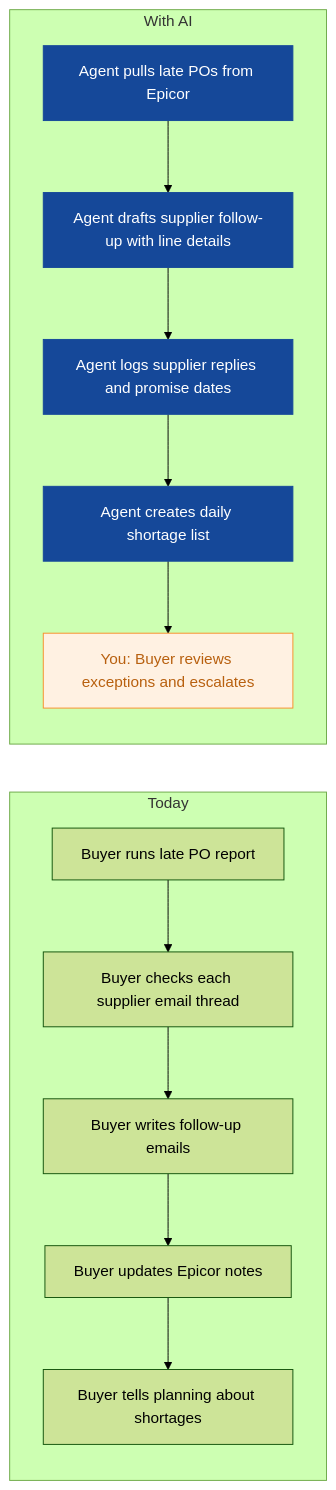
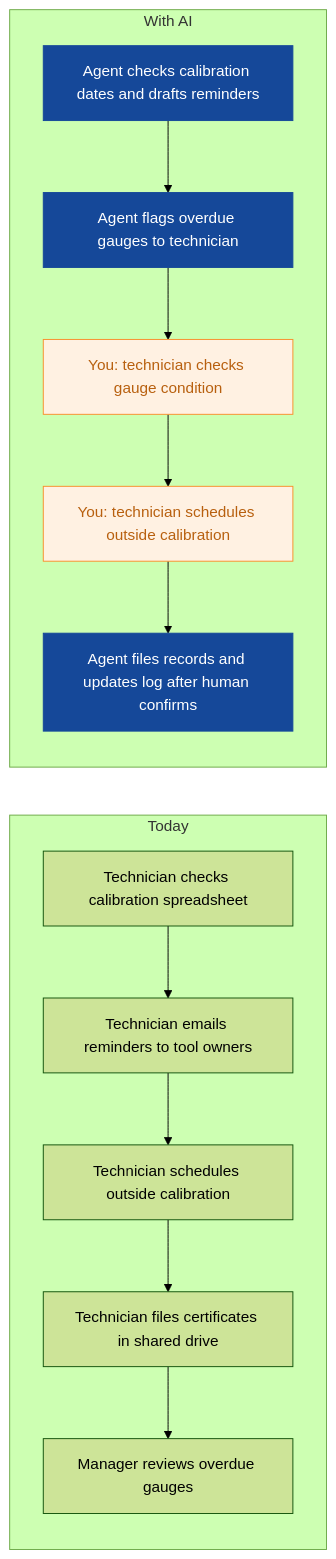
One commit to nexibeo/Complete-AI-Strategy changed the fifth of 9 diagrams in strategies/ironleaf-manufacturing.md. Above: the diagram before and after it, drawn with Mermaid (forest theme). The commit also changed other lines of this file and 26 other files, not shown here.

````diff
--- a/strategies/ironleaf-manufacturing.md
+++ b/strategies/ironleaf-manufacturing.md
@@ -166,23 +170,23 @@
 ```mermaid
 flowchart LR
   subgraph Today
-    B0["Buyer runs late PO report"]
-    B1["Buyer checks each supplier email thread"]
-    B2["Buyer writes follow-up emails"]
-    B3["Buyer updates Epicor notes"]
-    B4["Buyer tells planning about shortages"]
+    B0["Technician checks calibration spreadsheet"]
+    B1["Technician emails reminders to tool owners"]
+    B2["Technician schedules outside calibration"]
+    B3["Technician files certificates in shared drive"]
+    B4["Manager reviews overdue gauges"]
     B0 --> B1 --> B2 --> B3 --> B4
   end
   subgraph WithAI[With AI]
-    A0["Agent pulls late POs from Epicor"]
-    A1["Agent drafts supplier follow-up with line details"]
-    A2["Agent logs supplier replies and promise dates"]
-    A3["Agent creates daily shortage list"]
-    A4["You: Buyer reviews exceptions and escalates"]
+    A0["Agent checks calibration dates and drafts reminders"]
+    A1["Agent flags overdue gauges to technician"]
+    A2["You: technician checks gauge condition"]
+    A3["You: technician schedules outside calibration"]
+    A4["Agent files records and updates log after human confirms"]
     A0 --> A1 --> A2 --> A3 --> A4
   end
   classDef ai fill:#154899,color:#fff,stroke:#154899
   classDef human fill:#FFF1E2,color:#B8600F,stroke:#F98F2C
-  class A0,A1,A2,A3 ai
-  class A4 human
+  class A0,A1,A4 ai
+  class A2,A3 human
 ```
````
